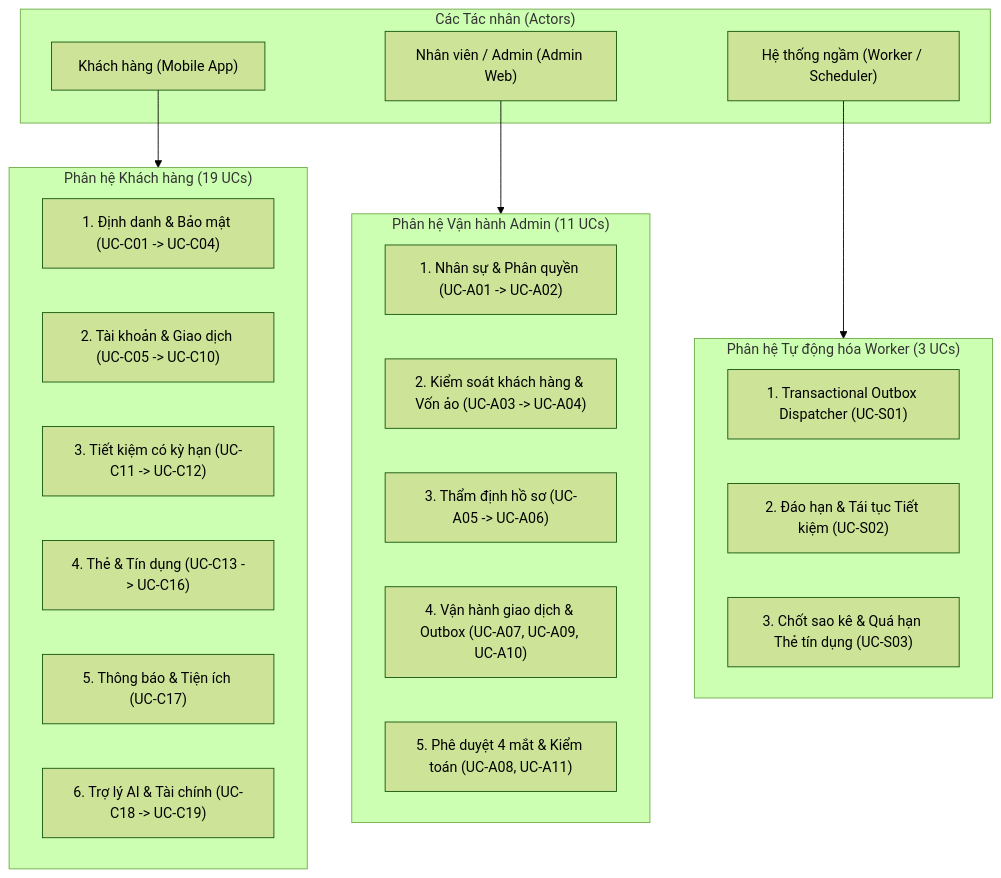
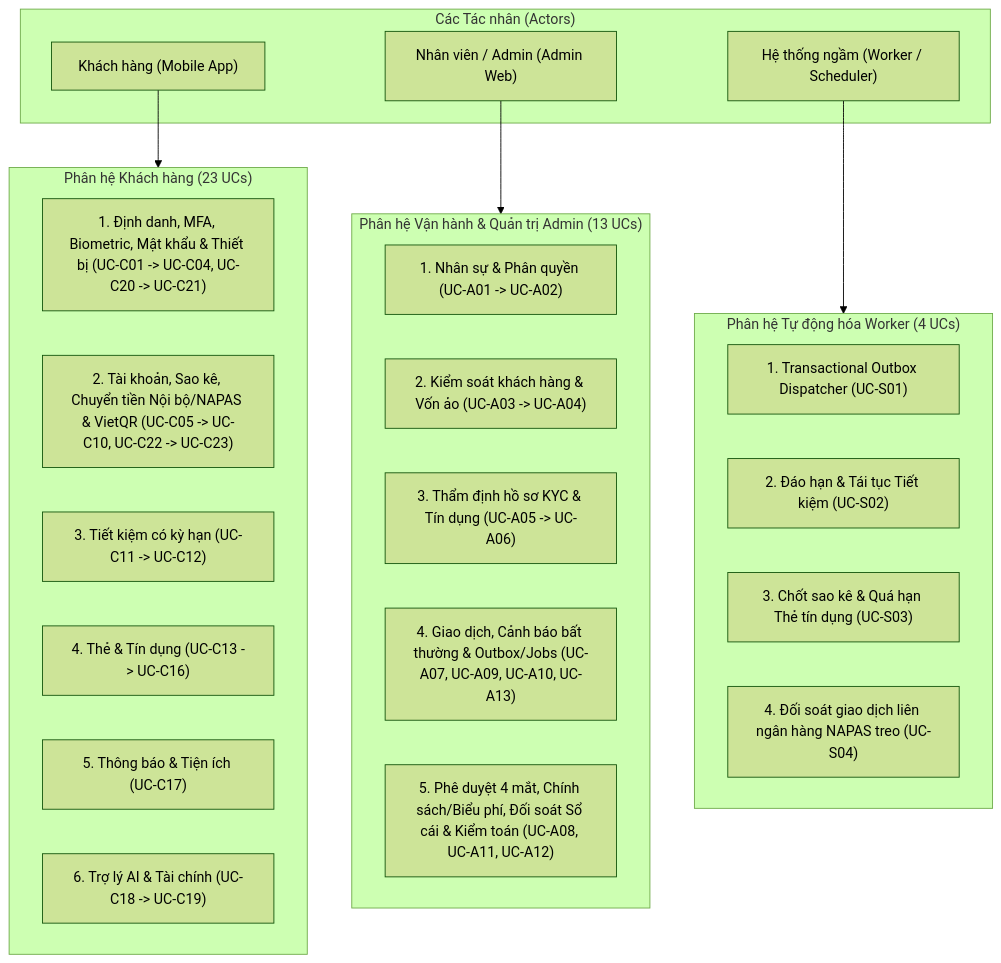
One commit to NguyenCaoKy1603/banking-system changed the diagram in documents/02-design/use-cases-complete-specification.md. Above: the diagram before and after it, drawn with Mermaid (forest theme). The commit also changed other lines of this file and 26 other files, not shown here.

````diff
--- a/documents/02-design/use-cases-complete-specification.md
+++ b/documents/02-design/use-cases-complete-specification.md
@@ -15,35 +15,36 @@
 ```mermaid
 graph TD
     subgraph Actors["Các Tác nhân (Actors)"]
         Customer["Khách hàng (Mobile App)"]
         Staff["Nhân viên / Admin (Admin Web)"]
         System["Hệ thống ngầm (Worker / Scheduler)"]
     end
 
-    subgraph CustomerDomains["Phân hệ Khách hàng (19 UCs)"]
-        C_Auth["1. Định danh & Bảo mật (UC-C01 -> UC-C04)"]
-        C_Core["2. Tài khoản & Giao dịch (UC-C05 -> UC-C10)"]
+    subgraph CustomerDomains["Phân hệ Khách hàng (23 UCs)"]
+        C_Auth["1. Định danh, MFA, Biometric, Mật khẩu & Thiết bị (UC-C01 -> UC-C04, UC-C20 -> UC-C21)"]
+        C_Core["2. Tài khoản, Sao kê, Chuyển tiền Nội bộ/NAPAS & VietQR (UC-C05 -> UC-C10, UC-C22 -> UC-C23)"]
         C_Savings["3. Tiết kiệm có kỳ hạn (UC-C11 -> UC-C12)"]
         C_Credit["4. Thẻ & Tín dụng (UC-C13 -> UC-C16)"]
         C_Notify["5. Thông báo & Tiện ích (UC-C17)"]
         C_AI["6. Trợ lý AI & Tài chính (UC-C18 -> UC-C19)"]
     end
 
-    subgraph StaffDomains["Phân hệ Vận hành Admin (11 UCs)"]
+    subgraph StaffDomains["Phân hệ Vận hành & Quản trị Admin (13 UCs)"]
         A_Staff["1. Nhân sự & Phân quyền (UC-A01 -> UC-A02)"]
         A_Control["2. Kiểm soát khách hàng & Vốn ảo (UC-A03 -> UC-A04)"]
-        A_Review["3. Thẩm định hồ sơ (UC-A05 -> UC-A06)"]
-        A_Ops["4. Vận hành giao dịch & Outbox (UC-A07, UC-A09, UC-A10)"]
-        A_Audit["5. Phê duyệt 4 mắt & Kiểm toán (UC-A08, UC-A11)"]
+        A_Review["3. Thẩm định hồ sơ KYC & Tín dụng (UC-A05 -> UC-A06)"]
+        A_Ops["4. Giao dịch, Cảnh báo bất thường & Outbox/Jobs (UC-A07, UC-A09, UC-A10, UC-A13)"]
+        A_Audit["5. Phê duyệt 4 mắt, Chính sách/Biểu phí, Đối soát Sổ cái & Kiểm toán (UC-A08, UC-A11, UC-A12)"]
     end
 
-    subgraph SystemDomains["Phân hệ Tự động hóa Worker (3 UCs)"]
+    subgraph SystemDomains["Phân hệ Tự động hóa Worker (4 UCs)"]
         S_Outbox["1. Transactional Outbox Dispatcher (UC-S01)"]
         S_Savings["2. Đáo hạn & Tái tục Tiết kiệm (UC-S02)"]
         S_Credit["3. Chốt sao kê & Quá hạn Thẻ tín dụng (UC-S03)"]
+        S_Napas["4. Đối soát giao dịch liên ngân hàng NAPAS treo (UC-S04)"]
     end
 
     Customer --> CustomerDomains
     Staff --> StaffDomains
     System --> SystemDomains
 ```
````
